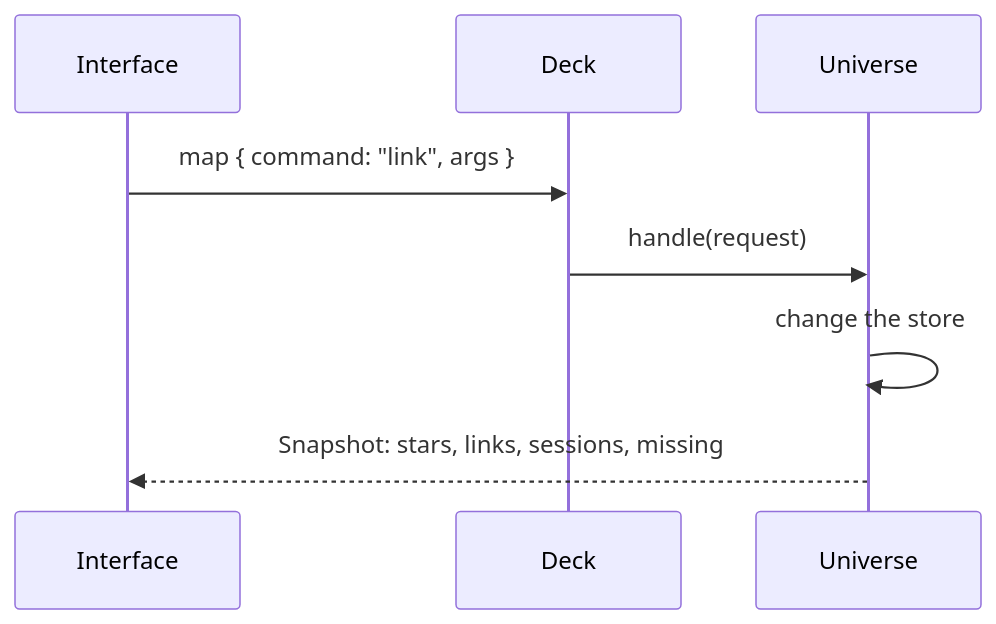
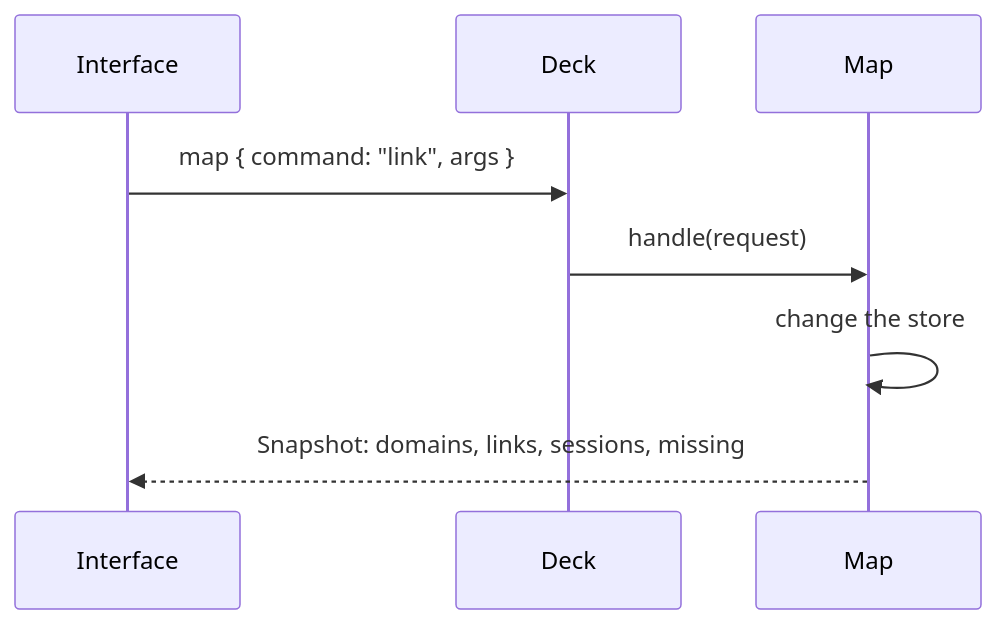
The second of 2 diagrams in docs/architecture.md (noema-kit/noema-deck), drawn with Mermaid before and after one commit. The commit also changed other lines of this file and 4 other files, not shown here.

````diff
--- a/docs/architecture.md
+++ b/docs/architecture.md
@@ -42,10 +42,10 @@
 ```mermaid
 sequenceDiagram
     participant UI as Interface
     participant D as Deck
-    participant U as Universe
+    participant M as Map
     UI->>D: map { command: "link", args }
-    D->>U: handle(request)
-    U->>U: change the store
-    U-->>UI: Snapshot: stars, links, sessions, missing
+    D->>M: handle(request)
+    M->>M: change the store
+    M-->>UI: Snapshot: domains, links, sessions, missing
 ```
````
